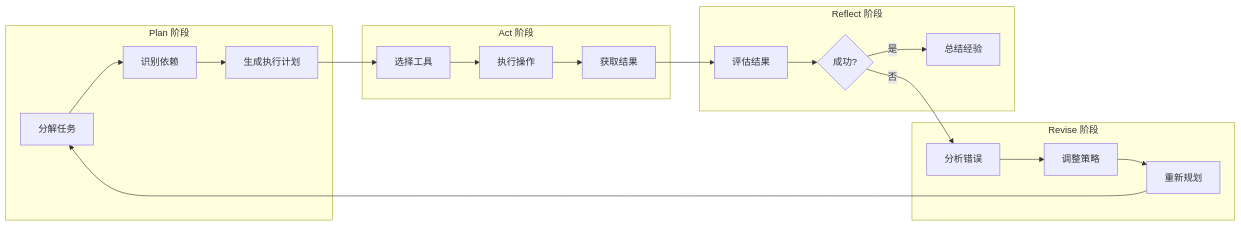
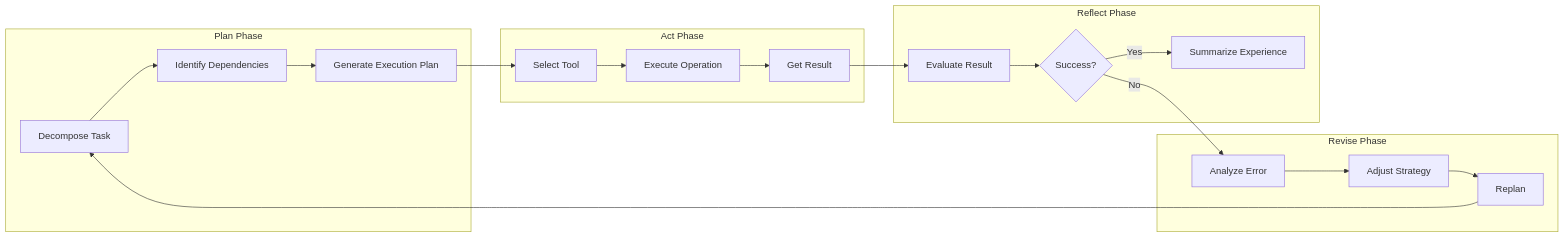
The second of 11 diagrams in ROADMAP.md (dyu55/My-Agent), drawn with Mermaid before and after one commit. The commit also changed other lines of this file and 2 other files, not shown here.

````diff
--- a/ROADMAP.md
+++ b/ROADMAP.md
@@ -61,33 +60,33 @@
 ```mermaid
 flowchart LR
-    subgraph Plan阶段["Plan 阶段"]
-        P1[分解任务]
-        P2[识别依赖]
-        P3[生成执行计划]
+    subgraph PlanPhase["Plan Phase"]
+        P1[Decompose Task]
+        P2[Identify Dependencies]
+        P3[Generate Execution Plan]
     end
 
-    subgraph Act阶段["Act 阶段"]
-        A1[选择工具]
-        A2[执行操作]
-        A3[获取结果]
+    subgraph ActPhase["Act Phase"]
+        A1[Select Tool]
+        A2[Execute Operation]
+        A3[Get Result]
     end
 
-    subgraph Reflect阶段["Reflect 阶段"]
-        R1[评估结果]
-        R2{成功?}
-        R3[总结经验]
+    subgraph ReflectPhase["Reflect Phase"]
+        R1[Evaluate Result]
+        R2{Success?}
+        R3[Summarize Experience]
     end
 
-    subgraph Revise阶段["Revise 阶段"]
-        V1[分析错误]
-        V2[调整策略]
-        V3[重新规划]
+    subgraph RevisePhase["Revise Phase"]
+        V1[Analyze Error]
+        V2[Adjust Strategy]
+        V3[Replan]
     end
 
     P1 --> P2 --> P3
     P3 --> A1 --> A2 --> A3
     A3 --> R1 --> R2
-    R2 -- 是 --> R3
-    R2 -- 否 --> V1 --> V2 --> V3
+    R2 -- Yes --> R3
+    R2 -- No --> V1 --> V2 --> V3
     V3 --> P1
 ```
````
